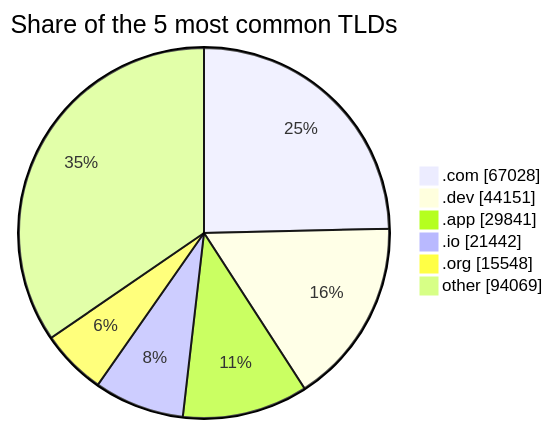
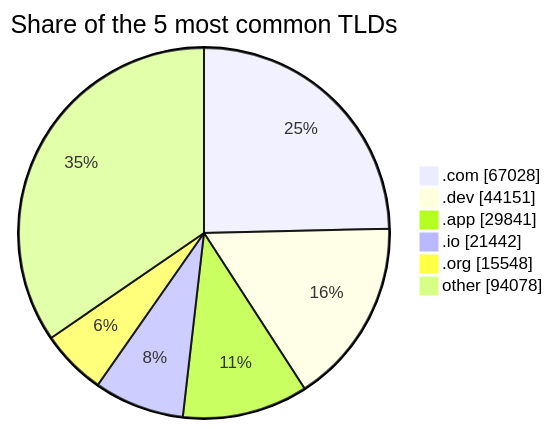
The second of 2 diagrams in README.md (DNSBunker/CTI), drawn with Mermaid before and after one commit. The commit also changed other lines of this file and 3 other files, not shown here.

````diff
--- a/README.md
+++ b/README.md
@@ -72,9 +72,9 @@
 ```mermaid
 pie showData title Share of the 5 most common TLDs
     ".com" : 67028
     ".dev" : 44151
     ".app" : 29841
     ".io" : 21442
     ".org" : 15548
-    "other" : 94069
+    "other" : 94078
 ```
````
